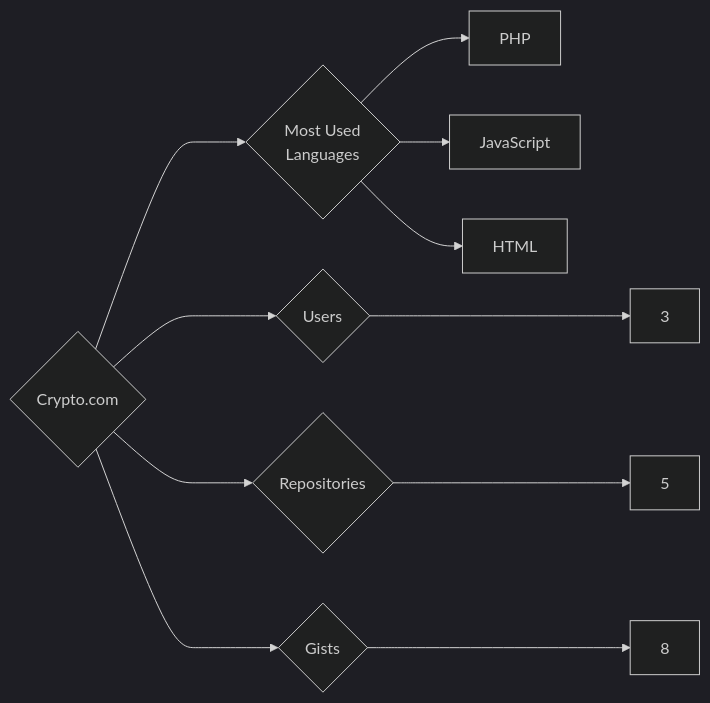
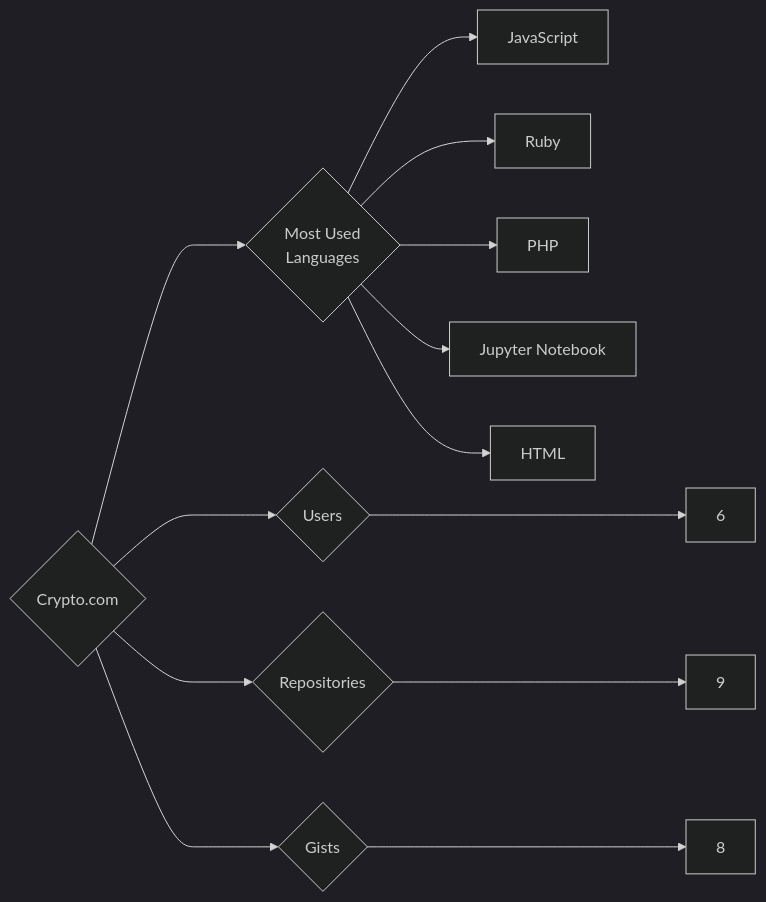
Before and after one commit to trickest/insiders: the diagram in targets/Crypto.com/README.md, drawn with Mermaid (dark theme). The commit also changed 859 other files, not shown here.

````diff
--- a/targets/Crypto.com/README.md
+++ b/targets/Crypto.com/README.md
@@ -3,11 +3,13 @@
 ```mermaid
 graph LR
 COMPANY_NAME{Crypto.com}
-COMPANY_NAME ---> U{Users} ---> UN[3]
-COMPANY_NAME ---> R{Repositories} ---> RN[5]
+COMPANY_NAME ---> U{Users} ---> UN[6]
+COMPANY_NAME ---> R{Repositories} ---> RN[9]
 COMPANY_NAME ---> G{Gists} ---> GN[8]
 COMPANY_NAME ---> ML{Most Used<br>Languages}
+ML --> JavaScript[JavaScript]
+ML --> Ruby[Ruby]
 ML --> PHP[PHP]
-ML --> JavaScript[JavaScript]
+ML --> Jupyter_Notebook[Jupyter Notebook]
 ML --> HTML[HTML]
 ```
````
